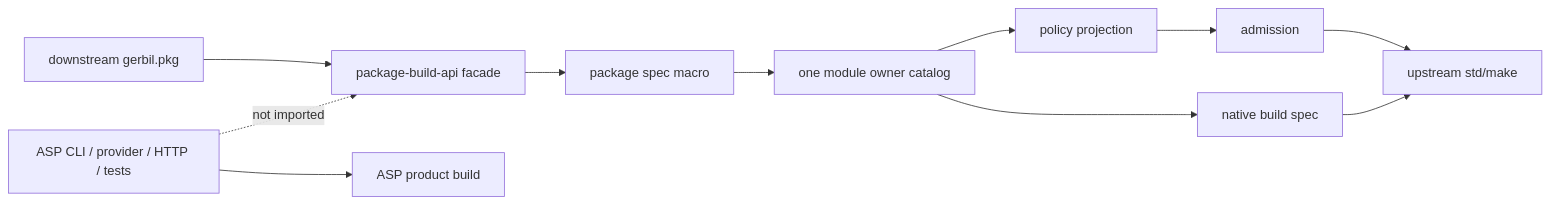
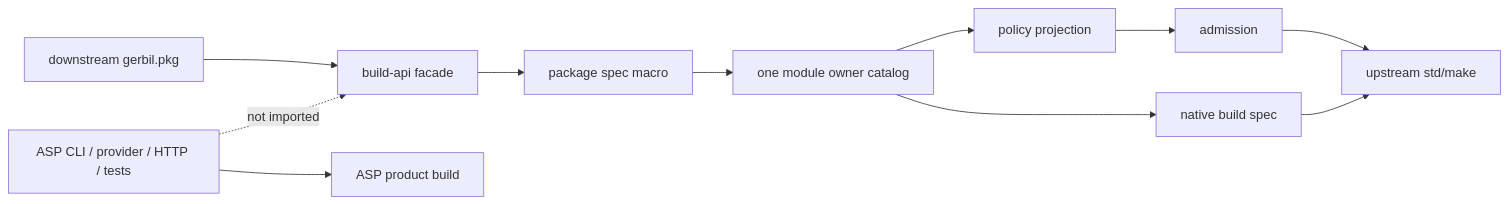
One commit to tao3k/asp-gerbil-scheme changed the seventh of 8 diagrams in docs/30-39-building/31.07-native-gerbil-declarative-boundary.org. Above: the diagram before and after it, drawn with Mermaid. The commit also changed other lines of this file and 356 other files, not shown here.

```diff
--- a/docs/30-39-building/31.07-native-gerbil-declarative-boundary.org
+++ b/docs/30-39-building/31.07-native-gerbil-declarative-boundary.org
@@ -377,14 +376,14 @@
 #+begin_src mermaid
 flowchart LR
-  D[downstream gerbil.pkg] --> F[package-build-api facade]
+  D[downstream gerbil.pkg] --> F[build-api facade]
   F --> M[package spec macro]
   M --> C[one module owner catalog]
   C --> P[policy projection]
   C --> N[native build spec]
   P --> G[admission]
   G --> S[upstream std/make]
   N --> S
 
   X[ASP CLI / provider / HTTP / tests] --> Q[ASP product build]
   X -. not imported .-> F
 #+end_src
```
